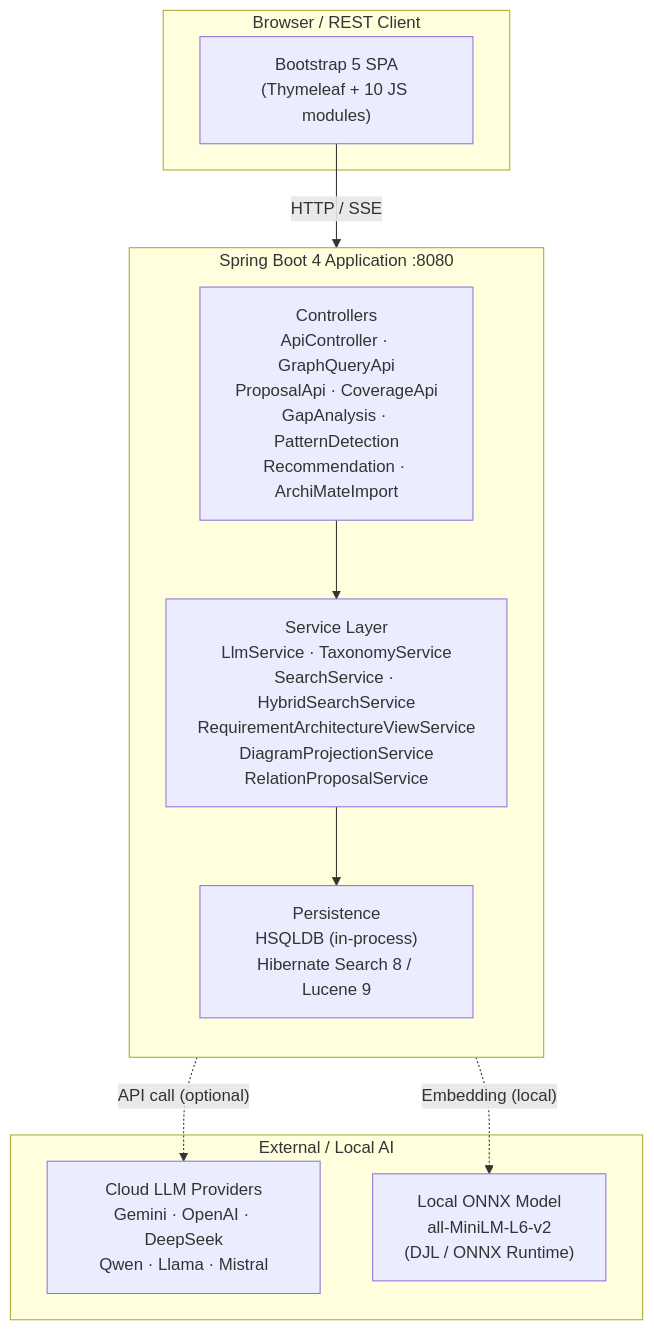
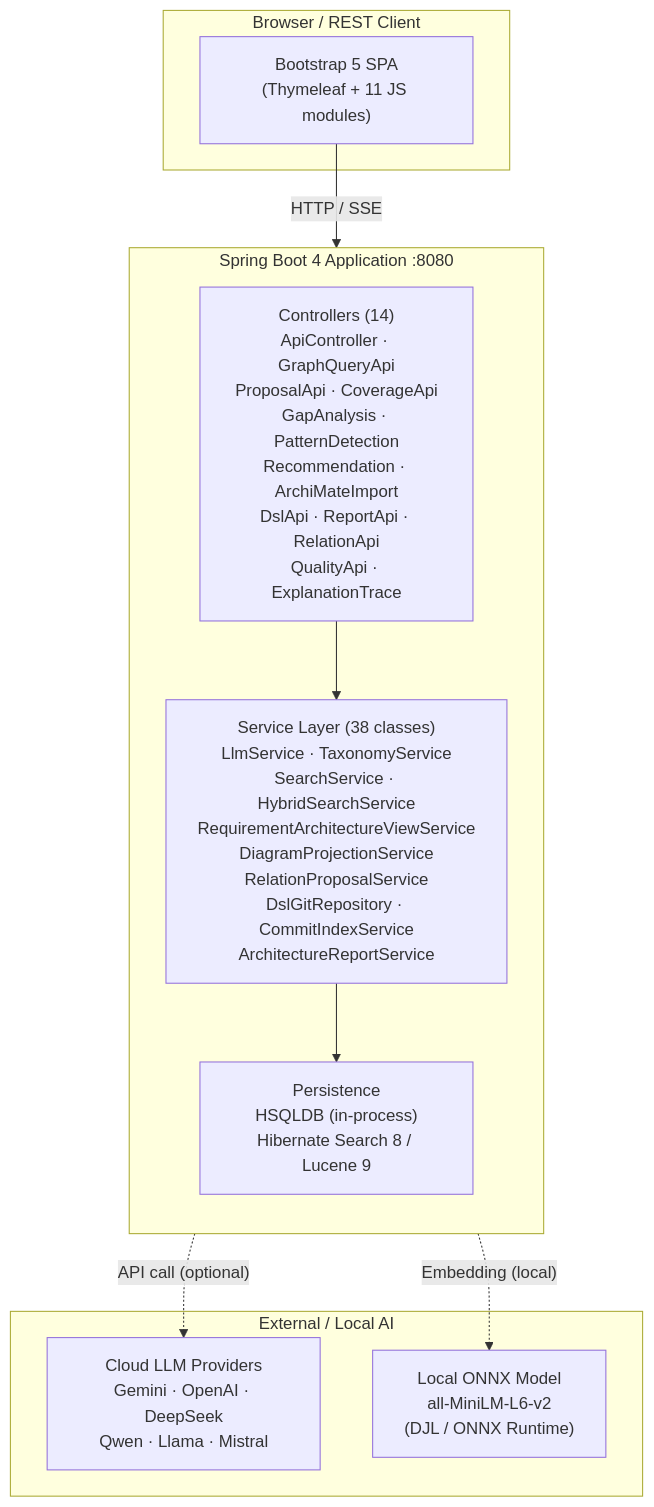
One commit to carstenartur/Taxonomy changed the first of 2 diagrams in docs/ARCHITECTURE.md. Above: the diagram before and after it, drawn with Mermaid. The commit also changed other lines of this file and 2 other files, not shown here.

Commit message:
docs: update ARCHITECTURE.md, CONFIGURATION_REFERENCE.md, and API_REFERENCE.md with missing content

````diff
--- a/docs/ARCHITECTURE.md
+++ b/docs/ARCHITECTURE.md
@@ -33,24 +33,24 @@
 ```mermaid
 graph TB
     subgraph Client["Browser / REST Client"]
-        UI["Bootstrap 5 SPA<br/>(Thymeleaf + 10 JS modules)"]
+        UI["Bootstrap 5 SPA<br/>(Thymeleaf + 11 JS modules)"]
     end
 
     subgraph App["Spring Boot 4 Application :8080"]
         direction TB
-        Controllers["Controllers<br/>ApiController · GraphQueryApi<br/>ProposalApi · CoverageApi<br/>GapAnalysis · PatternDetection<br/>Recommendation · ArchiMateImport"]
-        Services["Service Layer<br/>LlmService · TaxonomyService<br/>SearchService · HybridSearchService<br/>RequirementArchitectureViewService<br/>DiagramProjectionService<br/>RelationProposalService"]
+        Controllers["Controllers (14)<br/>ApiController · GraphQueryApi<br/>ProposalApi · CoverageApi<br/>GapAnalysis · PatternDetection<br/>Recommendation · ArchiMateImport<br/>DslApi · ReportApi · RelationApi<br/>QualityApi · ExplanationTrace"]
+        Services["Service Layer (38 classes)<br/>LlmService · TaxonomyService<br/>SearchService · HybridSearchService<br/>RequirementArchitectureViewService<br/>DiagramProjectionService<br/>RelationProposalService<br/>DslGitRepository · CommitIndexService<br/>ArchitectureReportService"]
         Persistence["Persistence<br/>HSQLDB (in-process)<br/>Hibernate Search 8 / Lucene 9"]
     end
 
     subgraph External["External / Local AI"]
         LLM["Cloud LLM Providers<br/>Gemini · OpenAI · DeepSeek<br/>Qwen · Llama · Mistral"]
         ONNX["Local ONNX Model<br/>all-MiniLM-L6-v2<br/>(DJL / ONNX Runtime)"]
     end
 
     UI -->|"HTTP / SSE"| Controllers
     Controllers --> Services
     Services --> Persistence
     Services -.->|"API call (optional)"| LLM
     Services -.->|"Embedding (local)"| ONNX
 ```
````
